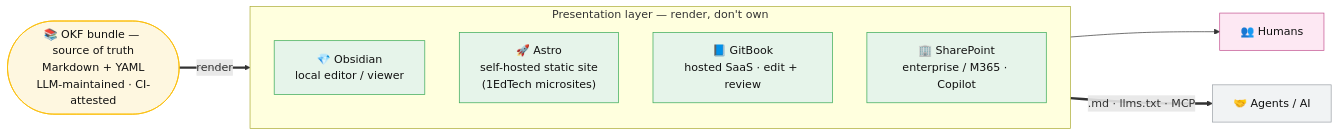
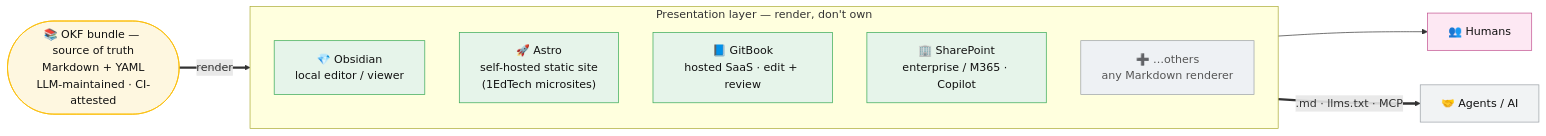
Before and after one commit to apenutmize/llm-wiki-wiki: the first of 2 diagrams in concepts/presentation-layer.md, drawn with Mermaid. The commit also changed other lines of this file and 6 other files, not shown here.

````diff
--- a/concepts/presentation-layer.md
+++ b/concepts/presentation-layer.md
@@ -22,25 +22,27 @@
 ```mermaid
 flowchart LR
     KB(["📚 OKF bundle — source of truth<br/>Markdown + YAML<br/>LLM-maintained · CI-attested"])
 
     subgraph PL["Presentation layer — render, don't own"]
         direction TB
         OB["💎 Obsidian<br/>local editor / viewer"]
         AS["🚀 Astro<br/>self-hosted static site<br/>(1EdTech microsites)"]
         GB["📘 GitBook<br/>hosted SaaS · edit + review"]
         SP["🏢 SharePoint<br/>enterprise / M365 · Copilot"]
+        OT["➕ …others<br/>any Markdown renderer"]
     end
 
     HUM["👥 Humans"]
     AG["🤝 Agents / AI"]
 
     KB == "render" ==> PL
     PL --> HUM
     PL == ".md · llms.txt · MCP" ==> AG
 
     classDef bundle fill:#fef7e0,stroke:#fbbc04,color:#111;
     classDef pl fill:#e6f4ea,stroke:#34a853,color:#111;
+    classDef other fill:#eef1f4,stroke:#9aa0a6,color:#555;
     classDef human fill:#fde8f3,stroke:#c2508f,color:#111;
     classDef agent fill:#f1f3f4,stroke:#9aa0a6,color:#111;
-    class KB bundle; class OB,AS,GB,SP pl; class HUM human; class AG agent;
+    class KB bundle; class OB,AS,GB,SP pl; class OT other; class HUM human; class AG agent;
 ```
````
